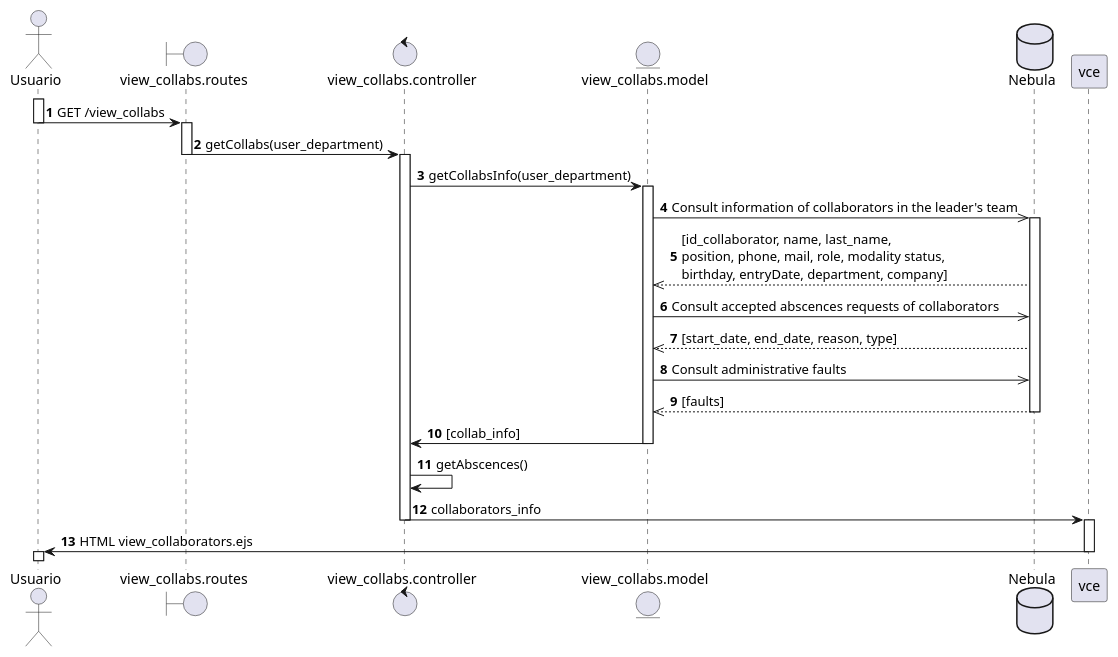
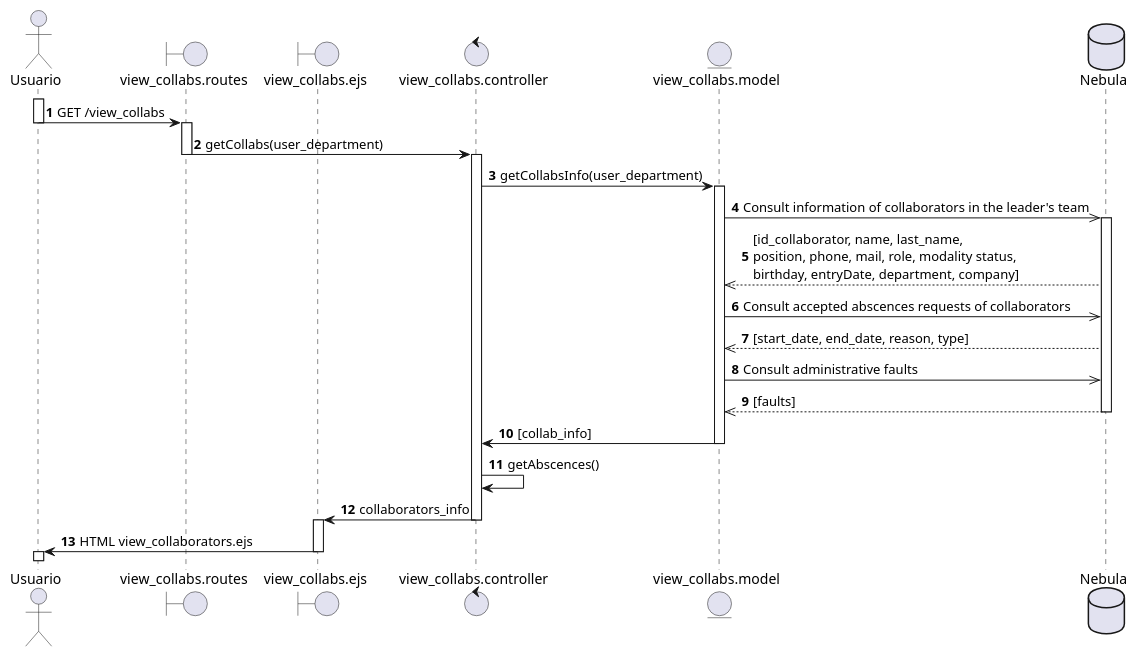
One commit to SALV19/Nebula_tc2005b changed the diagram in diagramas_secuencia/leader_consutls_collabs.puml. Above: the diagram before and after it, drawn with PlantUML. The commit also changed 1 other file, not shown here.

```diff
--- a/diagramas_secuencia/leader_consutls_collabs.puml
+++ b/diagramas_secuencia/leader_consutls_collabs.puml
@@ -1,41 +1,42 @@
 @startuml Prueba
 autonumber
 actor Usuario as u
 boundary view_collabs.routes as vcr
+boundary view_collabs.ejs as vce
 control view_collabs.controller as vcc
 entity view_collabs.model as vcm
 database Nebula as db
 
 activate u
 u -> vcr : GET /view_collabs
 deactivate u
 
 activate vcr
 vcr -> vcc : getCollabs(user_department)
 deactivate vcr
 
 activate vcc
 vcc -> vcm : getCollabsInfo(user_department)
 
 activate vcm
 vcm ->> db : Consult information of collaborators in the leader's team
 activate db
 db -->> vcm : [id_collaborator, name, last_name, \nposition, phone, mail, role, modality status, \nbirthday, entryDate, department, company]
 vcm ->> db : Consult accepted abscences requests of collaborators
 db -->> vcm : [start_date, end_date, reason, type]
 vcm ->> db : Consult administrative faults
 db -->> vcm : [faults]
 deactivate db
 
 vcm -> vcc : [collab_info]
 deactivate vcm
 vcc -> vcc : getAbscences()
 vcc -> vce : collaborators_info
 deactivate vcc
 activate vce
 vce -> u : HTML view_collaborators.ejs
 deactivate vce
 activate u
 
 
 @enduml
```
